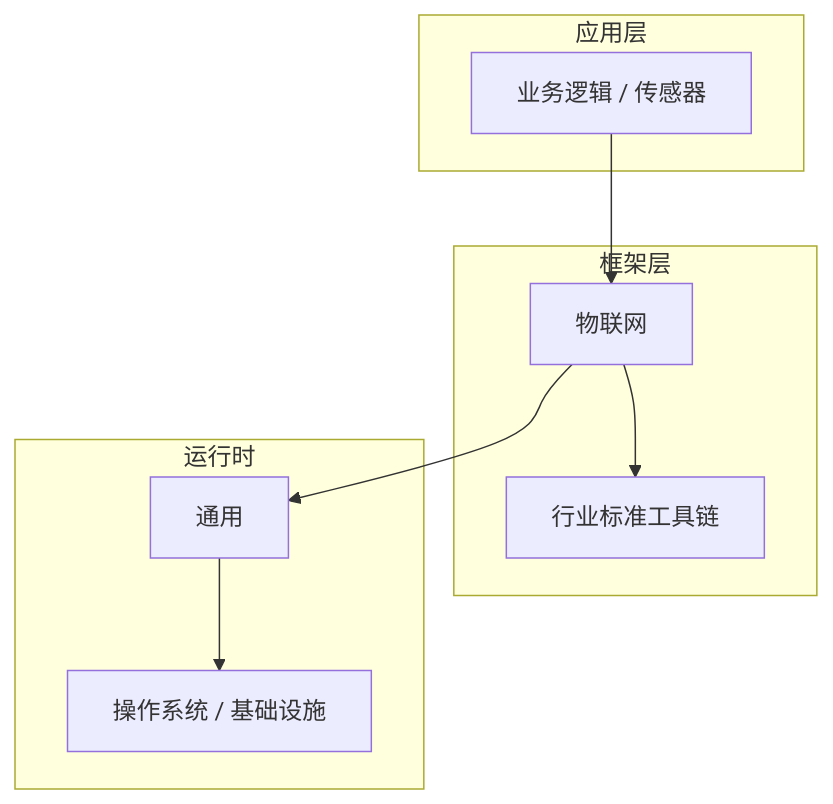
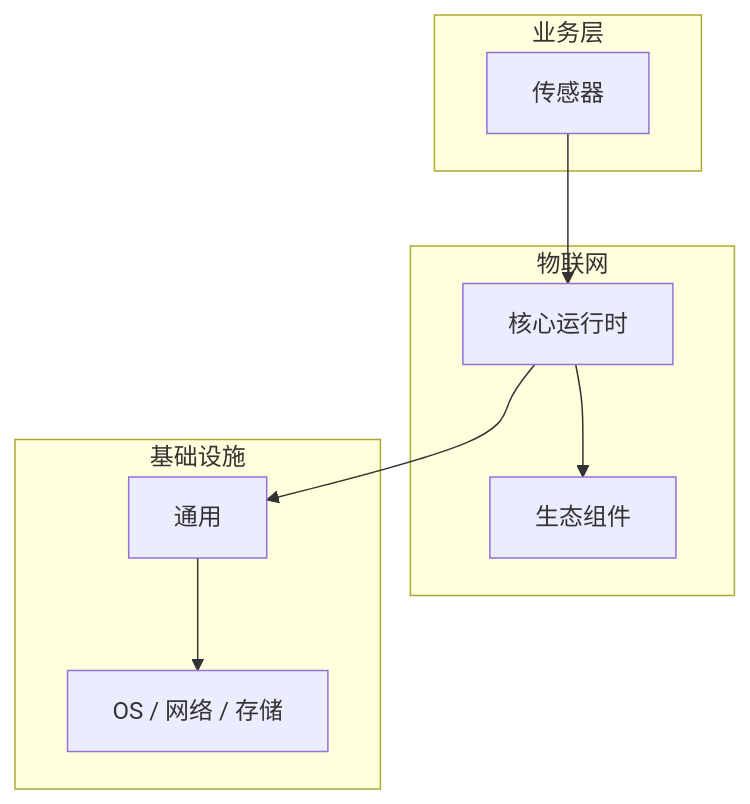
Before and after one commit to yanggan2015/knowledge-json-v2: the diagram in articles/物联网/chapters/006-传感器核心概念与原理.md, drawn with Mermaid. The commit also changed other lines of this file and 10127 other files, not shown here.

````diff
--- a/articles/物联网/chapters/006-传感器核心概念与原理.md
+++ b/articles/物联网/chapters/006-传感器核心概念与原理.md
@@ -45,18 +30,18 @@
 ```mermaid
 graph TB
-    subgraph 应用层
-        A[业务逻辑 / 传感器]
+    subgraph 业务层
+        A[传感器]
     end
-    subgraph 框架层
-        B[物联网]
-        C[行业标准工具链]
+    subgraph 物联网
+        B[核心运行时]
+        C[生态组件]
     end
-    subgraph 运行时
+    subgraph 基础设施
         D[通用]
-        E[操作系统 / 基础设施]
+        E[OS / 网络 / 存储]
     end
     A --> B
     B --> C
     B --> D
     D --> E
 ```
````
